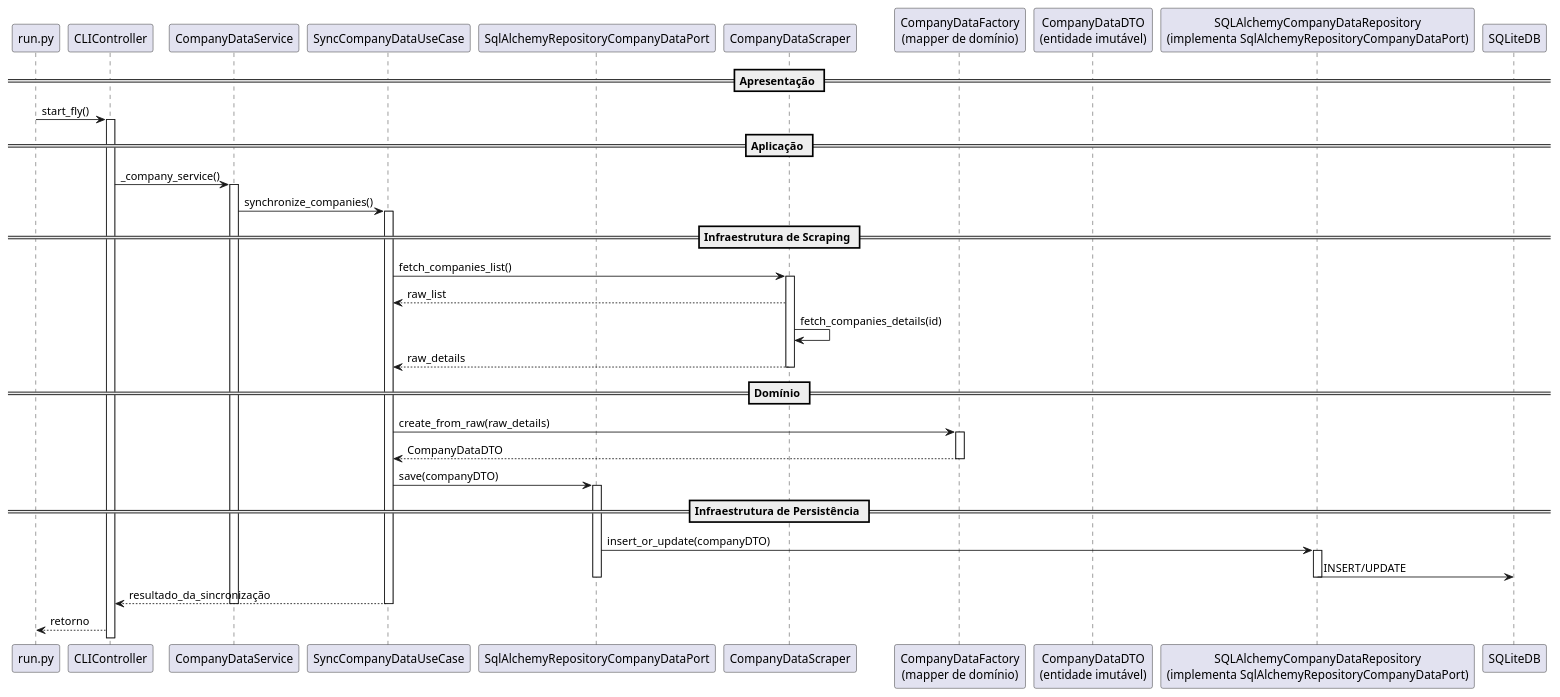
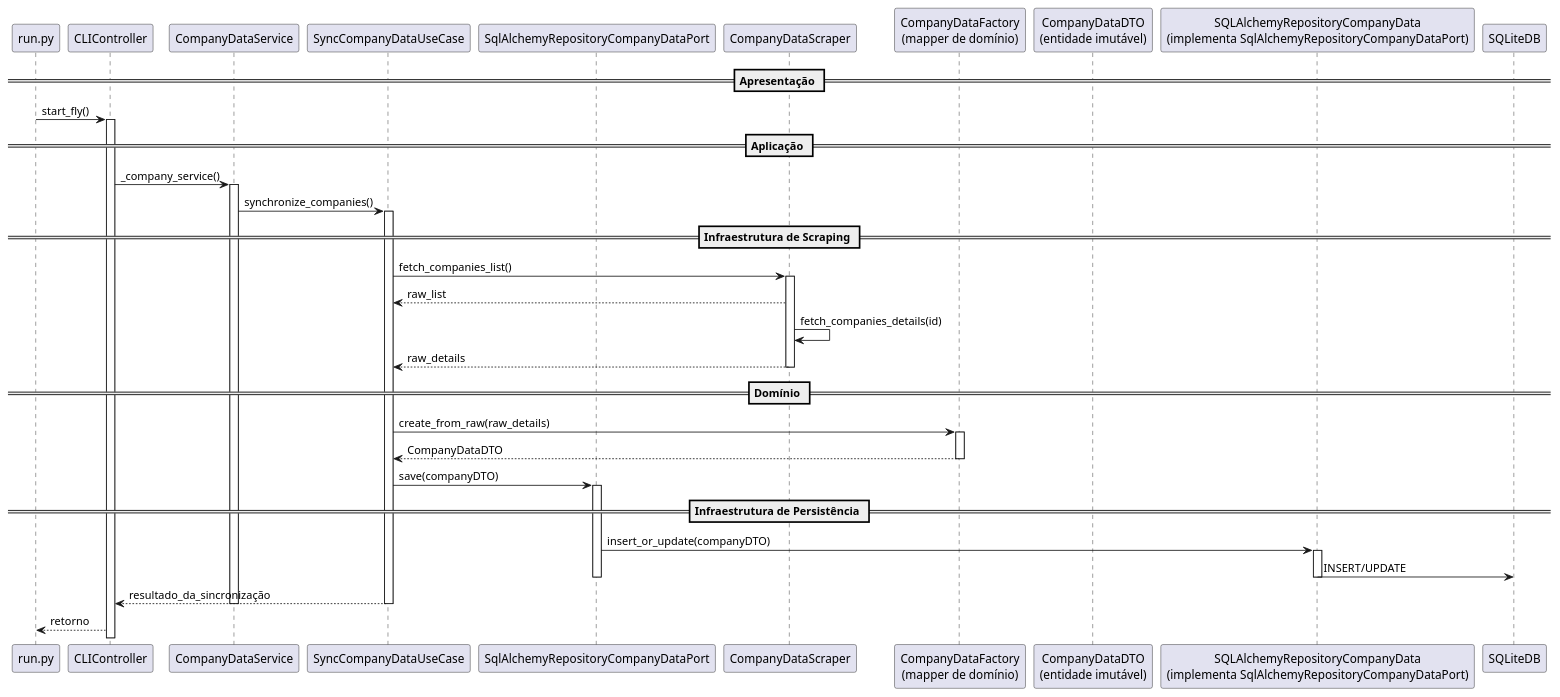
The diagram in docs/01_sequence_sync_companies.puml (faustostangler/FLY), drawn with PlantUML before and after one commit. The commit also changed 94 other files, not shown here.

```diff
--- a/docs/01_sequence_sync_companies.puml
+++ b/docs/01_sequence_sync_companies.puml
@@ -1,57 +1,57 @@
 @startuml
 skinparam packageStyle rectangle
 
 == Apresentação ==
 participant "run.py" as RUN
 participant "CLIController" as CLI
 
 RUN -> CLI : start_fly()
 activate CLI
 
 == Aplicação ==
 participant "CompanyDataService" as CS
 participant "SyncCompanyDataUseCase" as SCUC
 participant "SqlAlchemyRepositoryCompanyDataPort" as CRP
 
 CLI -> CS : _company_service()
 activate CS
 CS -> SCUC : synchronize_companies()
 activate SCUC
 
 == Infraestrutura de Scraping ==
 participant "CompanyDataScraper" as SCR
 
 SCUC -> SCR : fetch_companies_list()
 activate SCR
 SCR --> SCUC : raw_list
 SCR -> SCR : fetch_companies_details(id)
 SCR --> SCUC : raw_details
 deactivate SCR
 
 == Domínio ==
 participant "CompanyDataFactory\n(mapper de domínio)" as CF
 participant "CompanyDataDTO\n(entidade imutável)" as CD
 
 SCUC -> CF : create_from_raw(raw_details)
 activate CF
 CF --> SCUC : CompanyDataDTO
 deactivate CF
 
 SCUC -> CRP : save(companyDTO)
 activate CRP
 
 == Infraestrutura de Persistência ==
-participant "SQLAlchemyCompanyDataRepository\n(implementa SqlAlchemyRepositoryCompanyDataPort)" as SCRepo
+participant "SQLAlchemyRepositoryCompanyData\n(implementa SqlAlchemyRepositoryCompanyDataPort)" as SCRepo
 participant "SQLiteDB" as DB
 
 CRP -> SCRepo : insert_or_update(companyDTO)
 activate SCRepo
 SCRepo -> DB : INSERT/UPDATE
 deactivate SCRepo
 deactivate CRP
 
 SCUC --> CLI : resultado_da_sincronização
 deactivate SCUC
 deactivate CS
 CLI --> RUN : retorno
 @enduml
```
